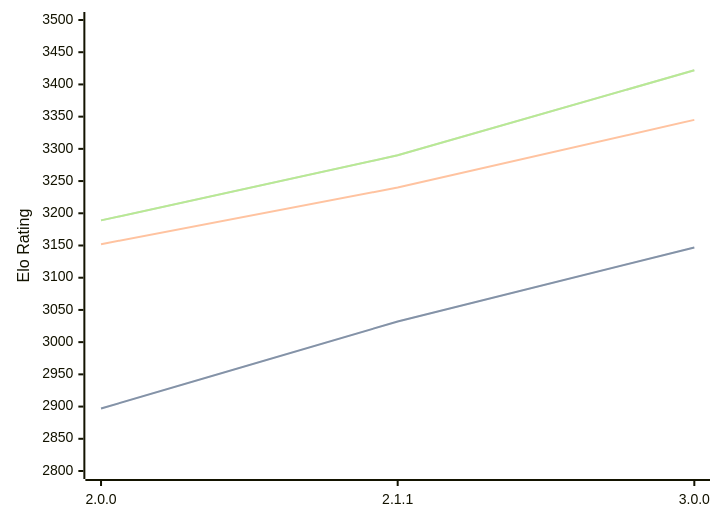
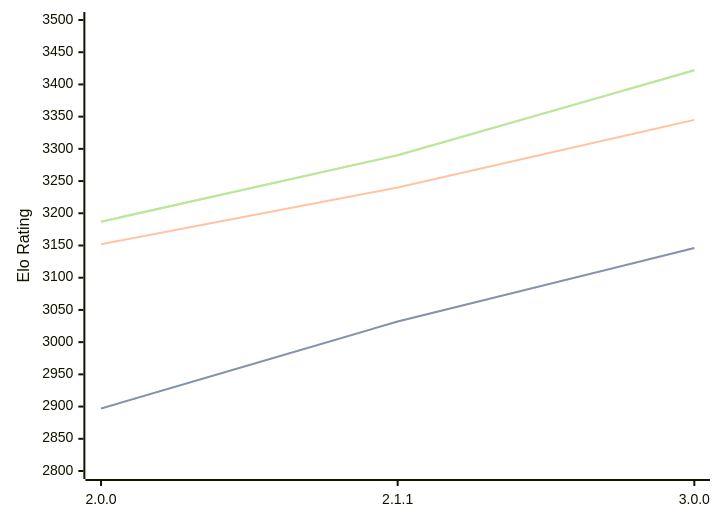
The diagram in engines/Bread.md (computer-chess-index/cci), drawn with Mermaid before and after one commit. The commit also changed other lines of this file, not shown here.

Commit message:
Update CCI Ratings (ELO VLTC) - 2026-04-16

````diff
--- a/engines/Bread.md
+++ b/engines/Bread.md
@@ -51,11 +51,11 @@
 ```mermaid
 %%{init: {"theme":"base","themeVariables":{"seriesColors:['#a3a3a3','#222221','#faa371']}}}%%
 xychart-beta
   x-axis ["2.0.0", "2.1.1", "3.0.0"]
   y-axis "Elo Rating" 2800 --> 3500
-  line "STC (8.0+0.08s)" [2897, 3032, 3147]
-  line "STC (8.0+0.08s)" [2897, 3032, 3147]
+  line "STC (8.0+0.08s)" [2897, 3032, 3146]
+  line "STC (8.0+0.08s)" [2897, 3032, 3146]
   line "LTC (60.0+0.60s)" [3152, 3240, 3345]
-  line "VLTC (2m24s+1.12s)" [3189, 3290, 3422]
-  line "VLTC (2m24s+1.12s)" [3189, 3290, 3422]
+  line "VLTC (2m24s+1.12s)" [3187, 3290, 3422]
+  line "VLTC (2m24s+1.12s)" [3187, 3290, 3422]
 ```
````
